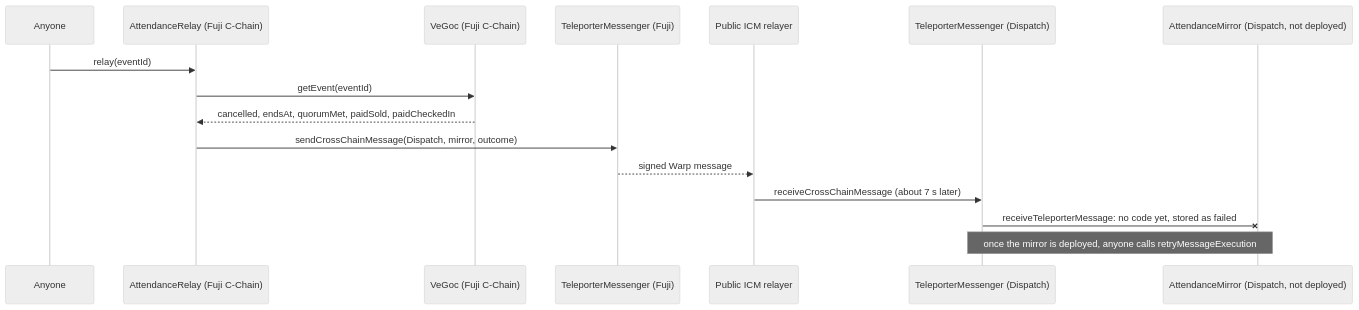
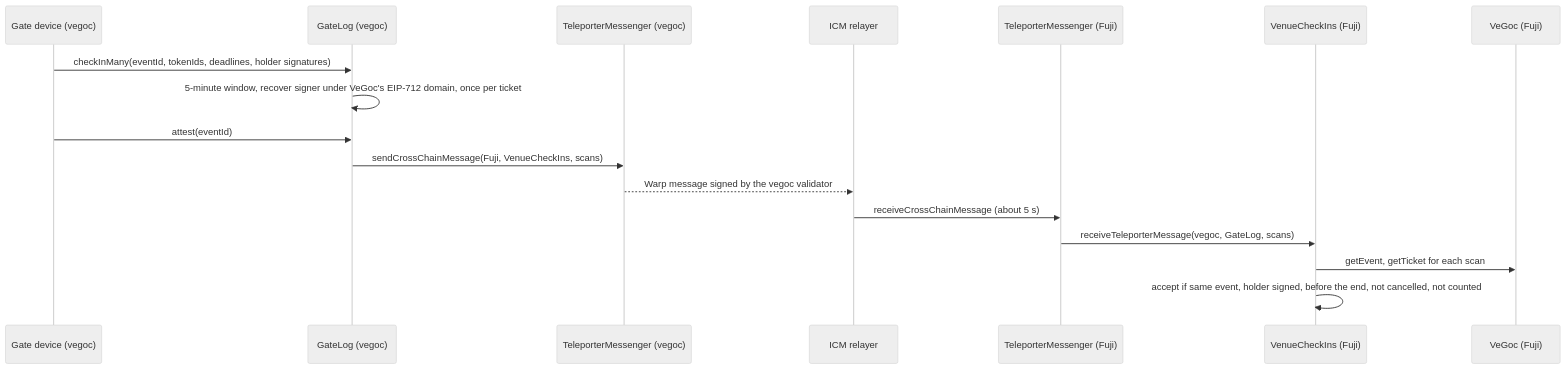
The eighth of 8 diagrams in docs/ARCHITECTURE.md (buiPhongGiang/ticketing), drawn with Mermaid (neutral theme) before and after one commit. The commit also changed other lines of this file and 2 other files, not shown here.

Commit message:
docs: own L1 vegoc on the README first screen, ICM both ways, 195 tests

````diff
--- a/docs/ARCHITECTURE.md
+++ b/docs/ARCHITECTURE.md
@@ -232,18 +239,19 @@
 ```mermaid
 sequenceDiagram
-  participant A as Anyone
-  participant R as AttendanceRelay (Fuji C-Chain)
-  participant V as VeGoc (Fuji C-Chain)
+  participant G as Gate device (vegoc)
+  participant L as GateLog (vegoc)
+  participant T2 as TeleporterMessenger (vegoc)
+  participant P as ICM relayer
   participant T1 as TeleporterMessenger (Fuji)
-  participant P as Public ICM relayer
-  participant T2 as TeleporterMessenger (Dispatch)
-  participant M as AttendanceMirror (Dispatch, not deployed)
-  A->>R: relay(eventId)
-  R->>V: getEvent(eventId)
-  V-->>R: cancelled, endsAt, quorumMet, paidSold, paidCheckedIn
-  R->>T1: sendCrossChainMessage(Dispatch, mirror, outcome)
-  T1-->>P: signed Warp message
-  P->>T2: receiveCrossChainMessage (about 7 s later)
-  T2-xM: receiveTeleporterMessage: no code yet, stored as failed
-  Note over T2,M: once the mirror is deployed, anyone calls retryMessageExecution
+  participant C as VenueCheckIns (Fuji)
+  participant V as VeGoc (Fuji)
+  G->>L: checkInMany(eventId, tokenIds, deadlines, holder signatures)
+  L->>L: 5-minute window, recover signer under VeGoc's EIP-712 domain, once per ticket
+  G->>L: attest(eventId)
+  L->>T2: sendCrossChainMessage(Fuji, VenueCheckIns, scans)
+  T2-->>P: Warp message signed by the vegoc validator
+  P->>T1: receiveCrossChainMessage (about 5 s)
+  T1->>C: receiveTeleporterMessage(vegoc, GateLog, scans)
+  C->>V: getEvent, getTicket for each scan
+  C->>C: accept if same event, holder signed, before the end, not cancelled, not counted
 ```
````
